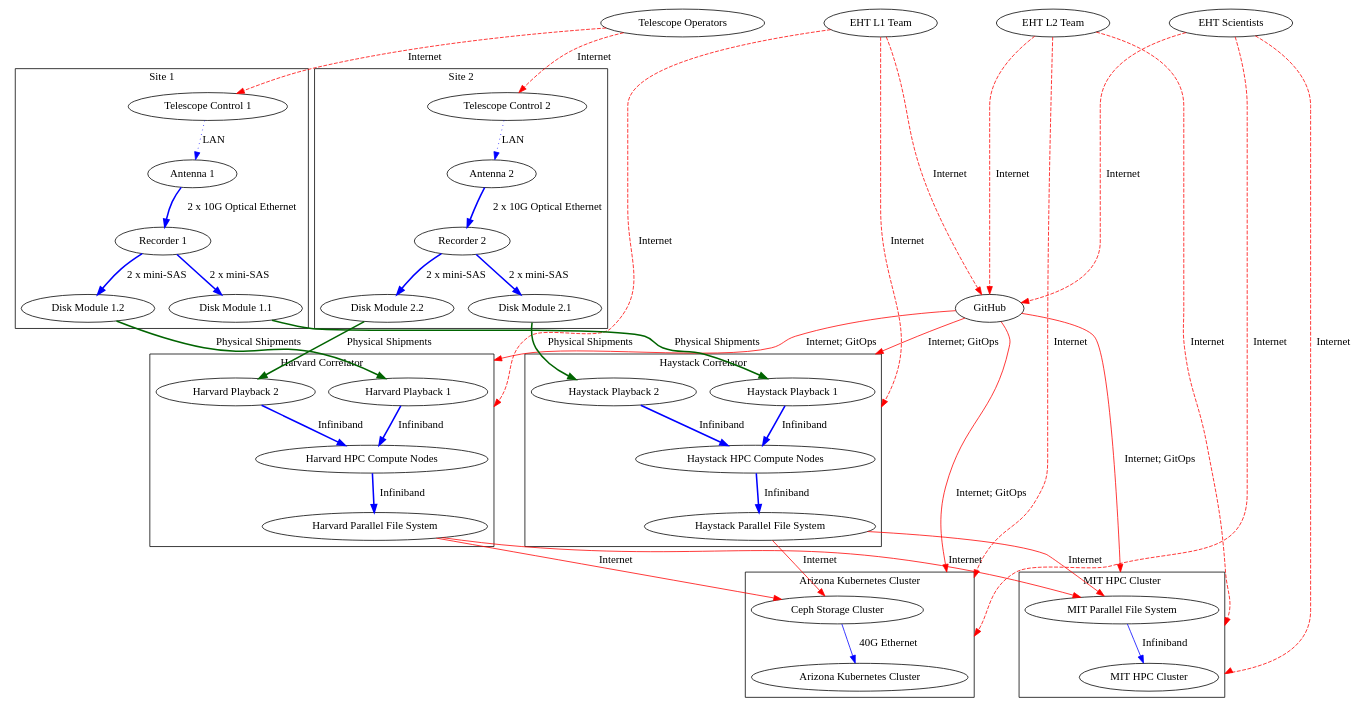
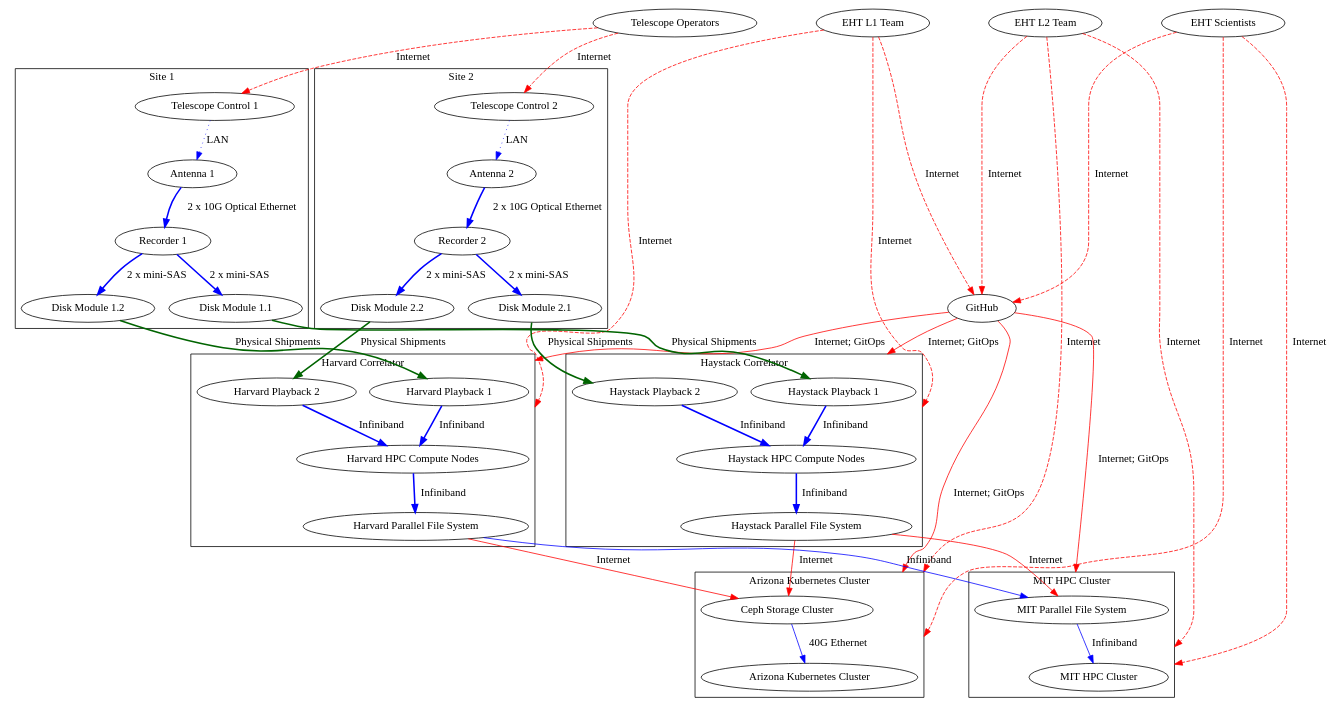
One commit to rndsrc/ehtdata changed the diagram in eht-data.gv. Above: the diagram before and after it, drawn with Graphviz.

Commit message:
Mark Harvard Correlator and MIT HPC Cluster are colocated

```diff
--- a/eht-data.gv
+++ b/eht-data.gv
@@ -1,100 +1,102 @@
 digraph G {
 	compound=true;
 
 	edge [color=red, style=dashed, label=Internet];
 	"Telescope Operators" -> "Telescope Control 1";
 	"Telescope Operators" -> "Telescope Control 2";
 	"Telescope Operators" -> "EHT L1 Team" -> "EHT L2 Team" -> "EHT Scientists" [ style=invis, weight=10 ];
 
 	"EHT L1 Team" -> "Haystack HPC Compute Nodes" [lhead=cluster5];
 	"EHT L1 Team" -> "Harvard HPC Compute Nodes"  [lhead=cluster6];
 	"EHT L1 Team" -> "GitHub";
 
 	"EHT L2 Team" -> "MIT HPC Cluster"            [lhead=cluster7];
 	"EHT L2 Team" -> "Arizona Kubernetes Cluster" [lhead=cluster8];
 	"EHT L2 Team" -> "GitHub";
 
 	"EHT Scientists" -> "MIT HPC Cluster"            [lhead=cluster7];
 	"EHT Scientists" -> "Arizona Kubernetes Cluster" [lhead=cluster8];
 	"EHT Scientists" -> "GitHub";
 
 	{
 		rank = same;
 		"Telescope Operators";
 		"EHT L1 Team";
 		"EHT L2 Team";
 		"EHT Scientists";
 	}
 
 	edge [color=red, style=solid, label="Internet; GitOps"];
 	"GitHub" -> "Haystack Playback 1"        [lhead=cluster5];
 	"GitHub" -> "Harvard Playback 1"         [lhead=cluster6];
 	"GitHub" -> "MIT Parallel File System"   [lhead=cluster7];
 	"GitHub" -> "Arizona Kubernetes Cluster" [lhead=cluster8];
 
 	subgraph cluster1 {
 		label = "Site 1";
 		edge [color=blue, style=dotted, label=LAN];
 		"Telescope Control 1"  -> "Antenna 1";
 		edge [color=blue, style=bold, label="2 x 10G Optical Ethernet"];
 		"Antenna 1"  -> "Recorder 1";
 		edge [color=blue, style=bold, label="2 x mini-SAS"];
 		"Recorder 1" -> "Disk Module 1.1";
 		"Recorder 1" -> "Disk Module 1.2";
 	}
 	subgraph cluster2 {
 		label = "Site 2";
 		edge [color=blue, style=dotted, label=LAN];
 		"Telescope Control 2"  -> "Antenna 2";
 		edge [color=blue, style=bold, label="2 x 10G Optical Ethernet"];
 		"Antenna 2"  -> "Recorder 2";
 		edge [color=blue, style=bold, label="2 x mini-SAS"];
 		"Recorder 2" -> "Disk Module 2.1";
 		"Recorder 2" -> "Disk Module 2.2";
 	}
 
 	edge [color=darkgreen, style=bold, label="Physical Shipments"];
 
 	"Disk Module 1.1" -> "Haystack Playback 1";
 	"Disk Module 2.1" -> "Haystack Playback 2";
 
 	"Disk Module 1.2" -> "Harvard Playback 1";
 	"Disk Module 2.2" -> "Harvard Playback 2";
 
 	subgraph cluster5 {
 		label = "Haystack Correlator";
 		edge [color=blue, label=Infiniband];
 		"Haystack Playback 1" -> "Haystack HPC Compute Nodes";
 		"Haystack Playback 2" -> "Haystack HPC Compute Nodes";
 		"Haystack HPC Compute Nodes" -> "Haystack Parallel File System";
 	}
 
 	subgraph cluster6 {
 		label = "Harvard Correlator";
 		edge [color=blue, label=Infiniband];
 		"Harvard Playback 1" -> "Harvard HPC Compute Nodes";
 		"Harvard Playback 2" -> "Harvard HPC Compute Nodes";
 		"Harvard HPC Compute Nodes" -> "Harvard Parallel File System";
 	}
 
+	edge [color=blue, style=solid, label=Infiniband];
+	"Harvard Parallel File System"  -> "MIT Parallel File System" [ weight=12 ];
+
 	edge [color=red, style=solid, label=Internet];
+	"Harvard Parallel File System"  -> "Ceph Storage Cluster";
 
 	"Haystack Parallel File System" -> "MIT Parallel File System";
 	"Haystack Parallel File System" -> "Ceph Storage Cluster";
-	"Harvard Parallel File System"  -> "MIT Parallel File System";
-	"Harvard Parallel File System"  -> "Ceph Storage Cluster";
 
 	subgraph cluster7 {
 		label = "MIT HPC Cluster";
 		edge [color=blue, style=solid, label=Infiniband];
 		"MIT Parallel File System" -> "MIT HPC Cluster";
 	}
 
 	subgraph cluster8 {
 		label = "Arizona Kubernetes Cluster";
 		edge [color=blue, style=solid, label="40G Ethernet"];
 		"Ceph Storage Cluster" -> "Arizona Kubernetes Cluster";
 	}
 
 	edge [color=red, style=solid, label="Internet; sync"];
 }
```
